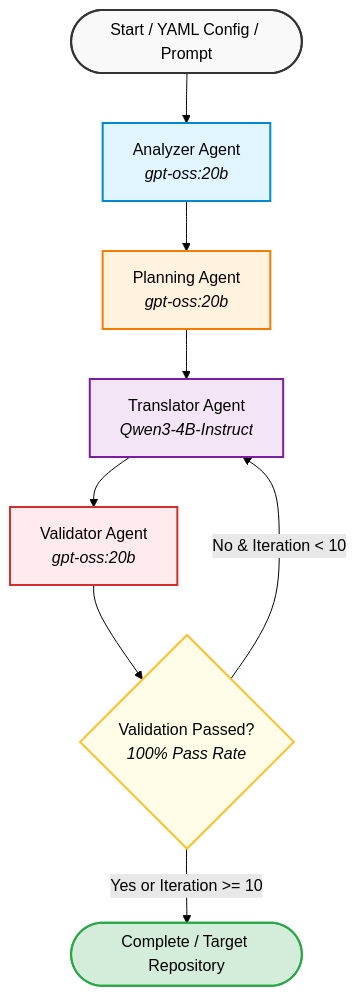
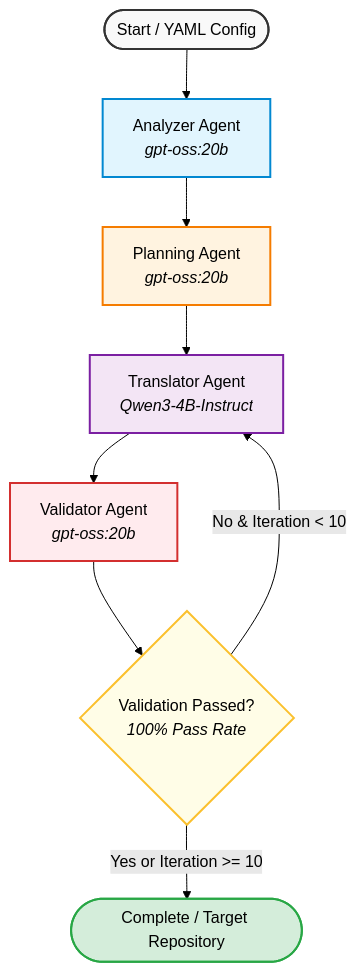
One commit to NTDuck/MAgHARCM changed the first of 2 diagrams in docs/workflow.md. Above: the diagram before and after it, drawn with Mermaid (forest theme). The commit also changed 14 other files, not shown here.

Commit message:
refactor: eliminate embedded prompt files, pure config CLI, and remove State.Logs

````diff
--- a/docs/workflow.md
+++ b/docs/workflow.md
@@ -9,19 +9,19 @@
 ```mermaid
 flowchart TD
-    START([Start / YAML Config / Prompt]) --> Analyzer[Analyzer Agent<br/><i>gpt-oss:20b</i>]
+    START([Start / YAML Config]) --> Analyzer[Analyzer Agent<br/><i>gpt-oss:20b</i>]
     Analyzer --> Planning[Planning Agent<br/><i>gpt-oss:20b</i>]
     Planning --> Translator[Translator Agent<br/><i>Qwen3-4B-Instruct</i>]
     Translator --> Validator[Validator Agent<br/><i>gpt-oss:20b</i>]
     
     Validator --> Branch{Validation Passed?<br/><i>100% Pass Rate</i>}
     Branch -- No & Iteration < 10 --> Translator
     Branch -- Yes or Iteration >= 10 --> Complete([Complete / Target Repository])
 
     style START fill:#f9f9f9,stroke:#333,stroke-width:2px
     style Complete fill:#d4edda,stroke:#28a745,stroke-width:2px
     style Analyzer fill:#e1f5fe,stroke:#0288d1,stroke-width:2px
     style Planning fill:#fff3e0,stroke:#f57c00,stroke-width:2px
     style Translator fill:#f3e5f5,stroke:#7b1fa2,stroke-width:2px
     style Validator fill:#ffebee,stroke:#d32f2f,stroke-width:2px
     style Branch fill:#fffde7,stroke:#fbc02d,stroke-width:2px
 ```
````
